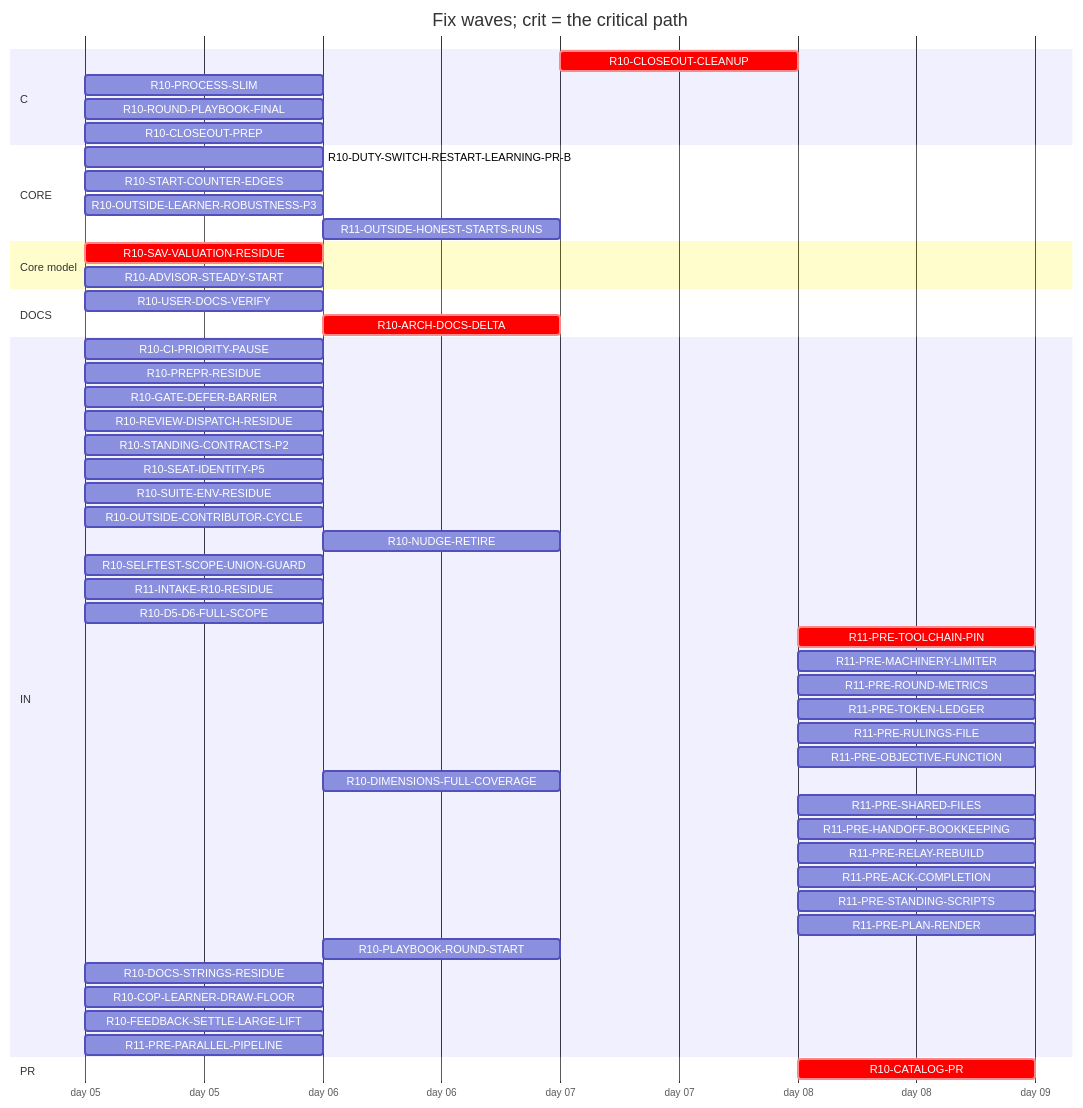
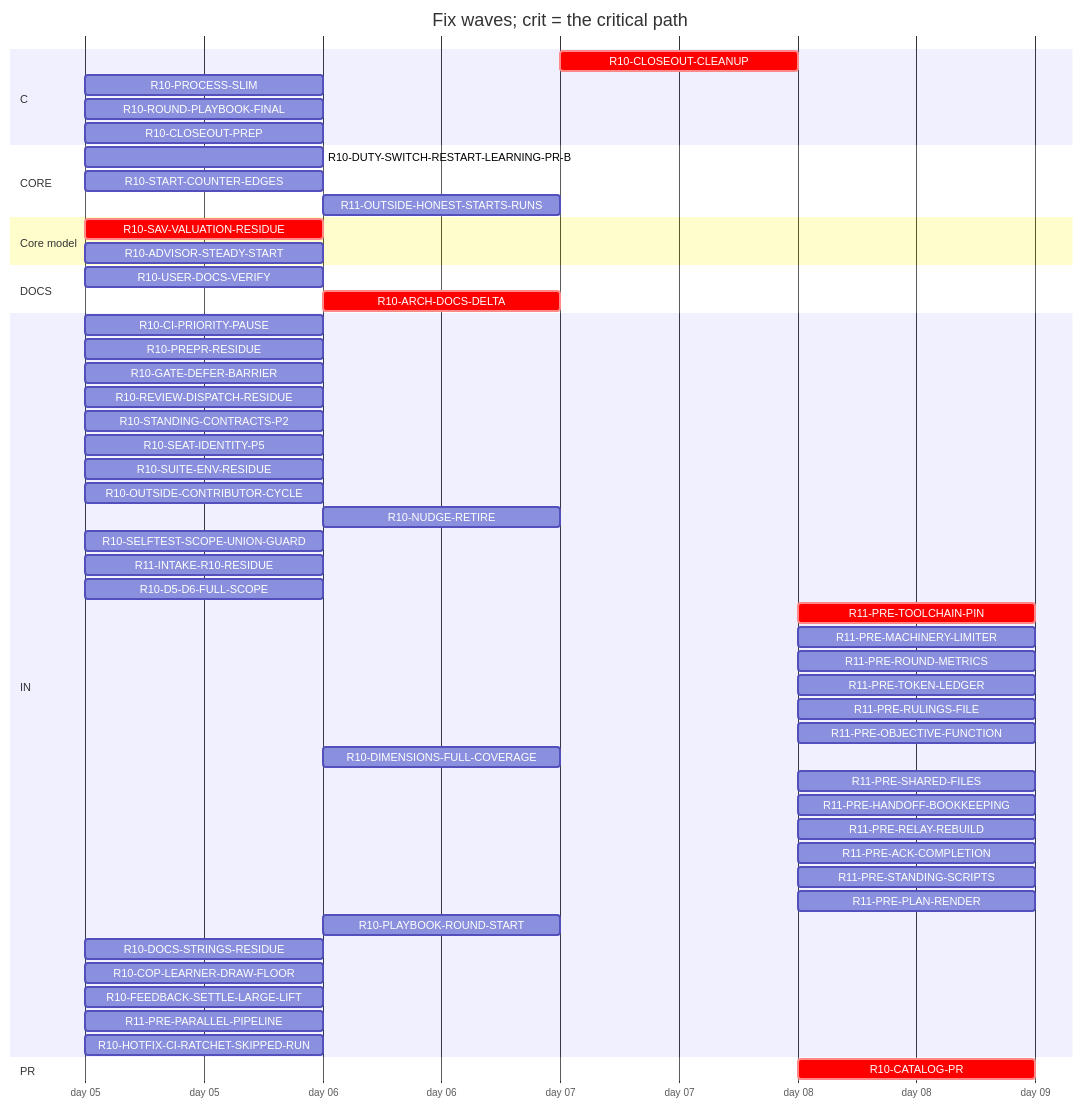
One commit to tvofi/heatpump_optimizer changed the diagram in handoff/round10/state/PLAN-TABLE.md. Above: the diagram before and after it, drawn with Mermaid. The commit also changed other lines of this file and 4 other files, not shown here.

Commit message:
state: FLOW-BOARD.md, NEXT-SESSION-PROMPT.md, PLAN-TABLE.md, PLAN.html, RESUME-CURRENT.md regenerated (state_docs.py)

````diff
--- a/handoff/round10/state/PLAN-TABLE.md
+++ b/handoff/round10/state/PLAN-TABLE.md
@@ -19,55 +19,55 @@
 ```mermaid
 gantt
   title Fix waves; crit = the critical path
   dateFormat YYYY-MM-DD
   axisFormat day %d
   section C
     R10-CLOSEOUT-CLEANUP :crit, r10CLOSEOUTCLEANUP, after r10USERDOCSVERIFY r10CLOSEOUTPREP r10ARCHDOCSDELTA, 1d
     R10-PROCESS-SLIM :r10PROCESSSLIM, 2026-01-05, 1d
     R10-ROUND-PLAYBOOK-FINAL :r10ROUNDPLAYBOOKFINAL, 2026-01-05, 1d
     R10-CLOSEOUT-PREP :r10CLOSEOUTPREP, 2026-01-05, 1d
   section CORE
     R10-DUTY-SWITCH-RESTART-LEARNING-PR-B :r10DUTYSWITCHRESTARTLEARNINGPRB, 2026-01-05, 1d
     R10-START-COUNTER-EDGES :r10STARTCOUNTEREDGES, 2026-01-05, 1d
-    R10-OUTSIDE-LEARNER-ROBUSTNESS-P3 :r10OUTSIDELEARNERROBUSTNESSP3, 2026-01-05, 1d
     R11-OUTSIDE-HONEST-STARTS-RUNS :r11OUTSIDEHONESTSTARTSRUNS, after r10ADVISORSTEADYSTART, 1d
   section Core model
     R10-SAV-VALUATION-RESIDUE :crit, r10SAVVALUATIONRESIDUE, 2026-01-05, 1d
     R10-ADVISOR-STEADY-START :r10ADVISORSTEADYSTART, 2026-01-05, 1d
   section DOCS
     R10-USER-DOCS-VERIFY :r10USERDOCSVERIFY, 2026-01-05, 1d
     R10-ARCH-DOCS-DELTA :crit, r10ARCHDOCSDELTA, after r10SAVVALUATIONRESIDUE r10ADVISORSTEADYSTART, 1d
   section IN
     R10-CI-PRIORITY-PAUSE :r10CIPRIORITYPAUSE, 2026-01-05, 1d
     R10-PREPR-RESIDUE :r10PREPRRESIDUE, 2026-01-05, 1d
     R10-GATE-DEFER-BARRIER :r10GATEDEFERBARRIER, 2026-01-05, 1d
     R10-REVIEW-DISPATCH-RESIDUE :r10REVIEWDISPATCHRESIDUE, 2026-01-05, 1d
     R10-STANDING-CONTRACTS-P2 :r10STANDINGCONTRACTSP2, 2026-01-05, 1d
     R10-SEAT-IDENTITY-P5 :r10SEATIDENTITYP5, 2026-01-05, 1d
     R10-SUITE-ENV-RESIDUE :r10SUITEENVRESIDUE, 2026-01-05, 1d
     R10-OUTSIDE-CONTRIBUTOR-CYCLE :r10OUTSIDECONTRIBUTORCYCLE, 2026-01-05, 1d
     R10-NUDGE-RETIRE :r10NUDGERETIRE, after r10ROUNDPLAYBOOKFINAL, 1d
     R10-SELFTEST-SCOPE-UNION-GUARD :r10SELFTESTSCOPEUNIONGUARD, 2026-01-05, 1d
     R11-INTAKE-R10-RESIDUE :r11INTAKER10RESIDUE, 2026-01-05, 1d
     R10-D5-D6-FULL-SCOPE :r10D5D6FULLSCOPE, 2026-01-05, 1d
     R11-PRE-TOOLCHAIN-PIN :crit, r11PRETOOLCHAINPIN, after r10CATALOGPR, 1d
     R11-PRE-MACHINERY-LIMITER :r11PREMACHINERYLIMITER, after r10CATALOGPR, 1d
     R11-PRE-ROUND-METRICS :r11PREROUNDMETRICS, after r10CATALOGPR, 1d
     R11-PRE-TOKEN-LEDGER :r11PRETOKENLEDGER, after r10CATALOGPR, 1d
     R11-PRE-RULINGS-FILE :r11PRERULINGSFILE, after r10CATALOGPR, 1d
     R11-PRE-OBJECTIVE-FUNCTION :r11PREOBJECTIVEFUNCTION, after r10CATALOGPR, 1d
     R10-DIMENSIONS-FULL-COVERAGE :r10DIMENSIONSFULLCOVERAGE, after r10D5D6FULLSCOPE, 1d
     R11-PRE-SHARED-FILES :r11PRESHAREDFILES, after r10CATALOGPR, 1d
     R11-PRE-HANDOFF-BOOKKEEPING :r11PREHANDOFFBOOKKEEPING, after r10CATALOGPR, 1d
     R11-PRE-RELAY-REBUILD :r11PRERELAYREBUILD, after r10CATALOGPR, 1d
     R11-PRE-ACK-COMPLETION :r11PREACKCOMPLETION, after r10CATALOGPR, 1d
     R11-PRE-STANDING-SCRIPTS :r11PRESTANDINGSCRIPTS, after r10CATALOGPR, 1d
     R11-PRE-PLAN-RENDER :r11PREPLANRENDER, after r10CATALOGPR, 1d
     R10-PLAYBOOK-ROUND-START :r10PLAYBOOKROUNDSTART, after r10ROUNDPLAYBOOKFINAL, 1d
     R10-DOCS-STRINGS-RESIDUE :r10DOCSSTRINGSRESIDUE, 2026-01-05, 1d
     R10-COP-LEARNER-DRAW-FLOOR :r10COPLEARNERDRAWFLOOR, 2026-01-05, 1d
     R10-FEEDBACK-SETTLE-LARGE-LIFT :r10FEEDBACKSETTLELARGELIFT, 2026-01-05, 1d
     R11-PRE-PARALLEL-PIPELINE :r11PREPARALLELPIPELINE, 2026-01-05, 1d
+    R10-HOTFIX-CI-RATCHET-SKIPPED-RUN :r10HOTFIXCIRATCHETSKIPPEDRUN, 2026-01-05, 1d
   section PR
     R10-CATALOG-PR :crit, r10CATALOGPR, after r10USERDOCSVERIFY r10CLOSEOUTCLEANUP r10CLOSEOUTPREP r10ARCHDOCSDELTA, 1d
 ```
````
